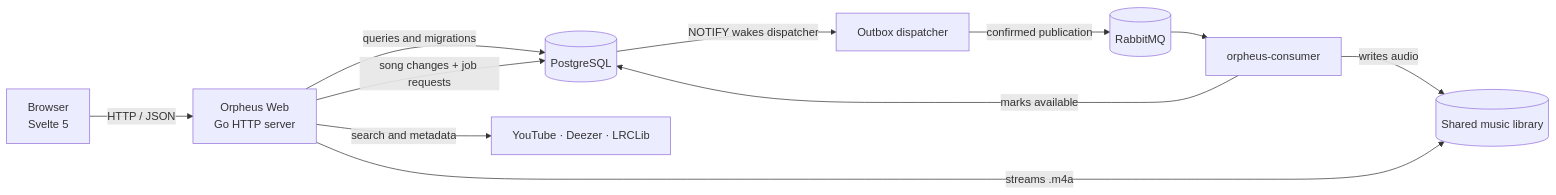
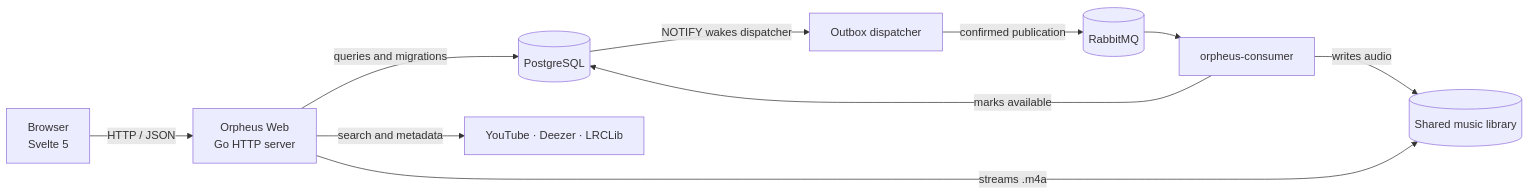
One commit to tanmay-e-patil/orpheus-web changed the diagram in README.md. Above: the diagram before and after it, drawn with Mermaid. The commit also changed other lines of this file and 64 other files, not shown here.

````diff
--- a/README.md
+++ b/README.md
@@ -7,13 +28,12 @@
 ```mermaid
 flowchart LR
     Browser[Browser\nSvelte 5] -->|HTTP / JSON| App[Orpheus Web\nGo HTTP server]
     App -->|queries and migrations| DB[(PostgreSQL)]
     App -->|search and metadata| APIs[YouTube · Deezer · LRCLib]
-    App -->|song changes + job requests| DB
     DB -->|NOTIFY wakes dispatcher| Dispatcher[Outbox dispatcher]
     Dispatcher -->|confirmed publication| Queue[(RabbitMQ)]
     Queue --> Consumer[orpheus-consumer]
     Consumer -->|writes audio| Music[(Shared music library)]
     Consumer -->|marks available| DB
     App -->|streams .m4a| Music
 ```
````
